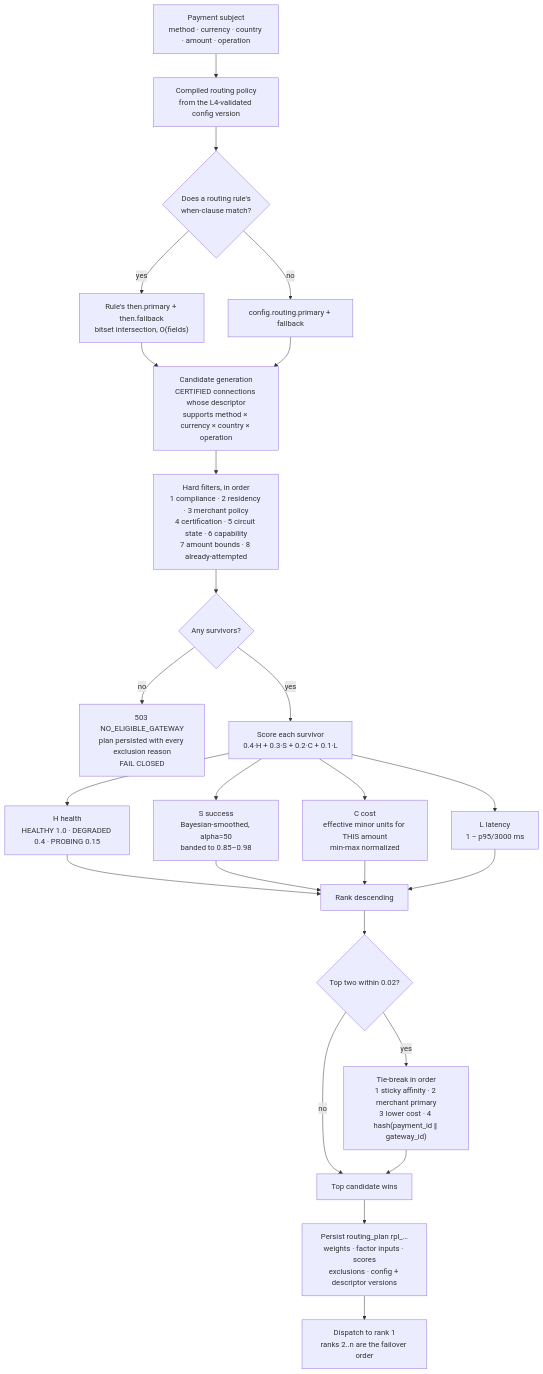
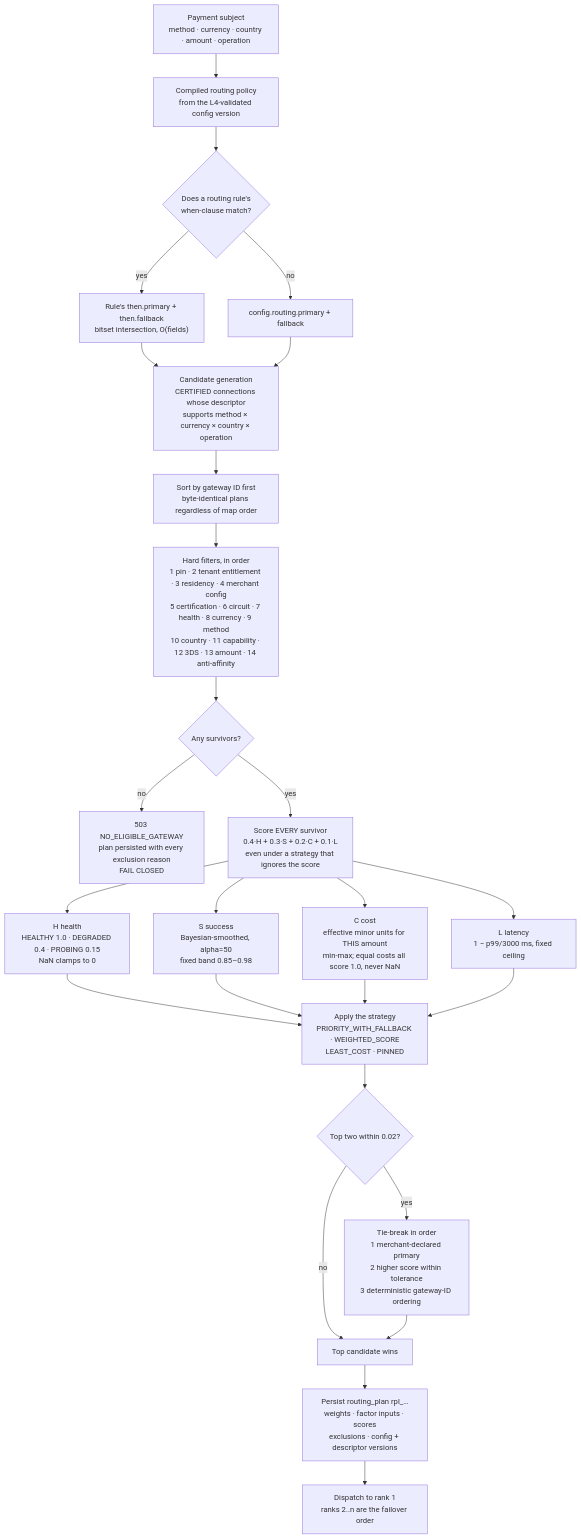
The second of 3 diagrams in docs/data-plane.md (udaykishore-resu/payments-platform), drawn with Mermaid before and after one commit. The commit also changed other lines of this file and 67 other files, not shown here.

````diff
--- a/docs/data-plane.md
+++ b/docs/data-plane.md
@@ -235,27 +252,28 @@
 ```mermaid
 flowchart TD
     A["Payment subject<br/>method · currency · country · amount · operation"] --> B["Compiled routing policy<br/>from the L4-validated config version"]
     B --> C{"Does a routing rule's<br/>when-clause match?"}
     C -->|"yes"| D["Rule's then.primary + then.fallback<br/>bitset intersection, O(fields)"]
     C -->|"no"| E["config.routing.primary + fallback"]
     D --> F["Candidate generation<br/>CERTIFIED connections whose descriptor<br/>supports method × currency × country × operation"]
     E --> F
 
-    F --> G["Hard filters, in order<br/>1 compliance · 2 residency · 3 merchant policy<br/>4 certification · 5 circuit state · 6 capability<br/>7 amount bounds · 8 already-attempted"]
+    F --> F0["Sort by gateway ID first<br/>byte-identical plans regardless of map order"]
+    F0 --> G["Hard filters, in order<br/>1 pin · 2 tenant entitlement · 3 residency · 4 merchant config<br/>5 certification · 6 circuit · 7 health · 8 currency · 9 method<br/>10 country · 11 capability · 12 3DS · 13 amount · 14 anti-affinity"]
     G --> H{"Any survivors?"}
     H -->|"no"| I["503 NO_ELIGIBLE_GATEWAY<br/>plan persisted with every exclusion reason<br/>FAIL CLOSED"]
-    H -->|"yes"| J["Score each survivor<br/>0.4·H + 0.3·S + 0.2·C + 0.1·L"]
+    H -->|"yes"| J["Score EVERY survivor<br/>0.4·H + 0.3·S + 0.2·C + 0.1·L<br/>even under a strategy that ignores the score"]
 
-    J --> J1["H health<br/>HEALTHY 1.0 · DEGRADED 0.4 · PROBING 0.15"]
-    J --> J2["S success<br/>Bayesian-smoothed, alpha=50<br/>banded to 0.85–0.98"]
-    J --> J3["C cost<br/>effective minor units for THIS amount<br/>min-max normalized"]
-    J --> J4["L latency<br/>1 − p95/3000 ms"]
-    J1 & J2 & J3 & J4 --> K["Rank descending"]
+    J --> J1["H health<br/>HEALTHY 1.0 · DEGRADED 0.4 · PROBING 0.15<br/>NaN clamps to 0"]
+    J --> J2["S success<br/>Bayesian-smoothed, alpha=50<br/>fixed band 0.85–0.98"]
+    J --> J3["C cost<br/>effective minor units for THIS amount<br/>min-max; equal costs all score 1.0, never NaN"]
+    J --> J4["L latency<br/>1 − p99/3000 ms, fixed ceiling"]
+    J1 & J2 & J3 & J4 --> K["Apply the strategy<br/>PRIORITY_WITH_FALLBACK · WEIGHTED_SCORE<br/>LEAST_COST · PINNED"]
 
     K --> L{"Top two within 0.02?"}
-    L -->|"yes"| M["Tie-break in order<br/>1 sticky affinity · 2 merchant primary<br/>3 lower cost · 4 hash(payment_id ‖ gateway_id)"]
+    L -->|"yes"| M["Tie-break in order<br/>1 merchant-declared primary<br/>2 higher score within tolerance<br/>3 deterministic gateway-ID ordering"]
     L -->|"no"| N["Top candidate wins"]
     M --> N
     N --> O["Persist routing_plan rpl_…<br/>weights · factor inputs · scores<br/>exclusions · config + descriptor versions"]
     O --> P["Dispatch to rank 1<br/>ranks 2..n are the failover order"]
 ```
````
